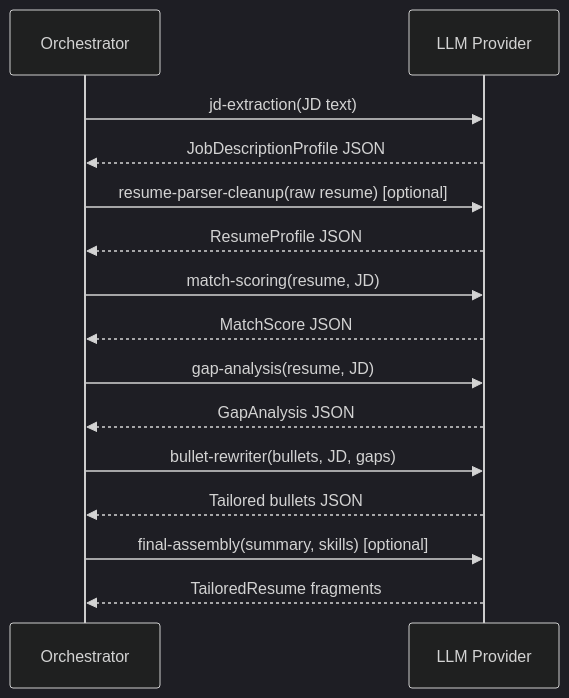
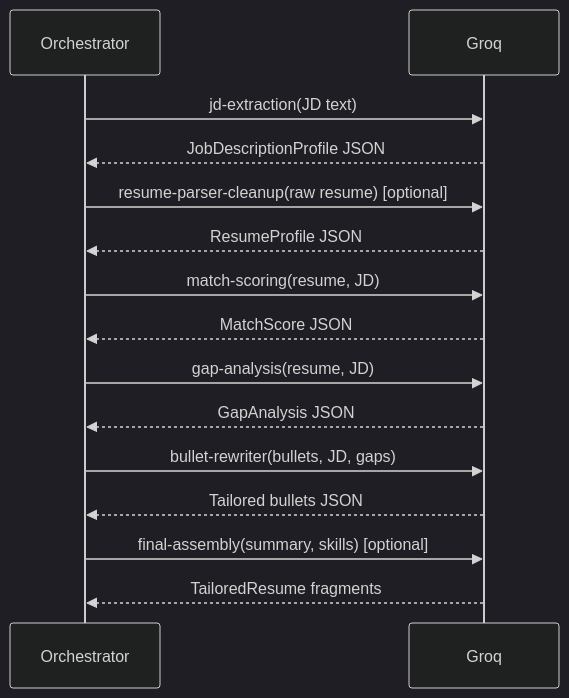
The third of 6 diagrams in docs/architecture.md (saksham20189575/resumeBuilder), drawn with Mermaid (dark theme) before and after one commit. The commit also changed other lines of this file and 133 other files, not shown here.

````diff
--- a/docs/architecture.md
+++ b/docs/architecture.md
@@ -346,23 +346,23 @@
 ```mermaid
 sequenceDiagram
     participant API as Orchestrator
-    participant LLM as LLM Provider
+    participant LLM as Groq
 
     API->>LLM: jd-extraction(JD text)
     LLM-->>API: JobDescriptionProfile JSON
 
     API->>LLM: resume-parser-cleanup(raw resume) [optional]
     LLM-->>API: ResumeProfile JSON
 
     API->>LLM: match-scoring(resume, JD)
     LLM-->>API: MatchScore JSON
 
     API->>LLM: gap-analysis(resume, JD)
     LLM-->>API: GapAnalysis JSON
 
     API->>LLM: bullet-rewriter(bullets, JD, gaps)
     LLM-->>API: Tailored bullets JSON
 
     API->>LLM: final-assembly(summary, skills) [optional]
     LLM-->>API: TailoredResume fragments
 ```
````
